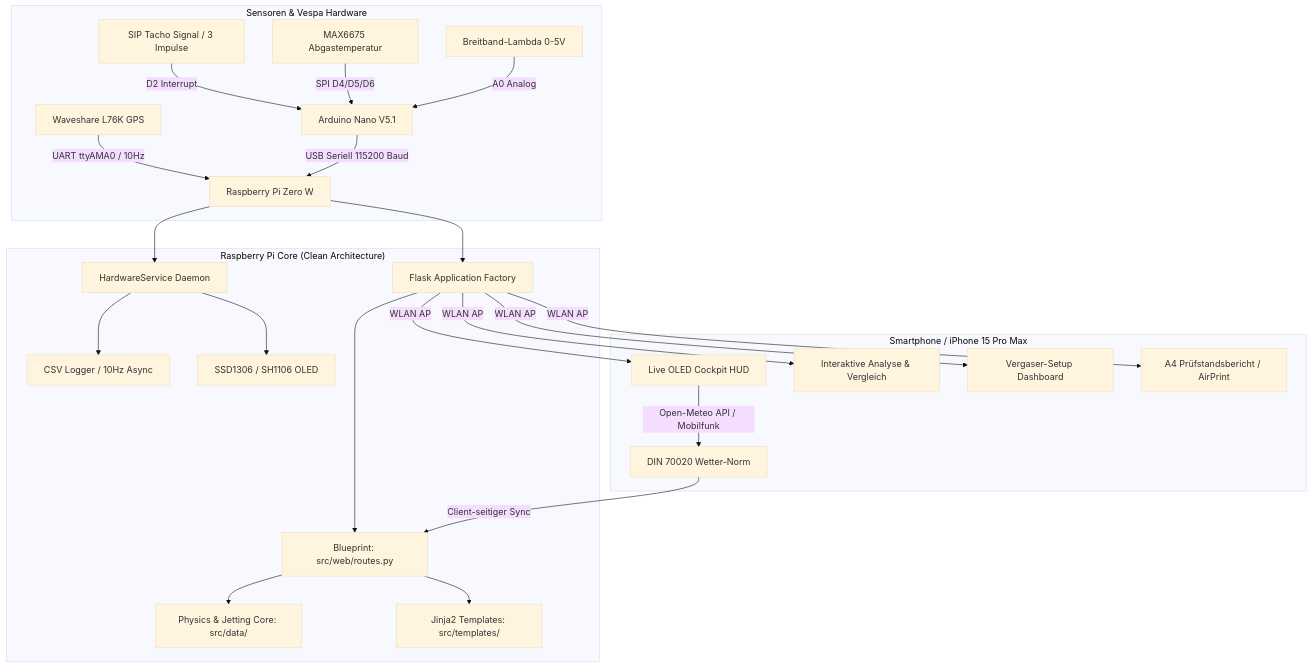
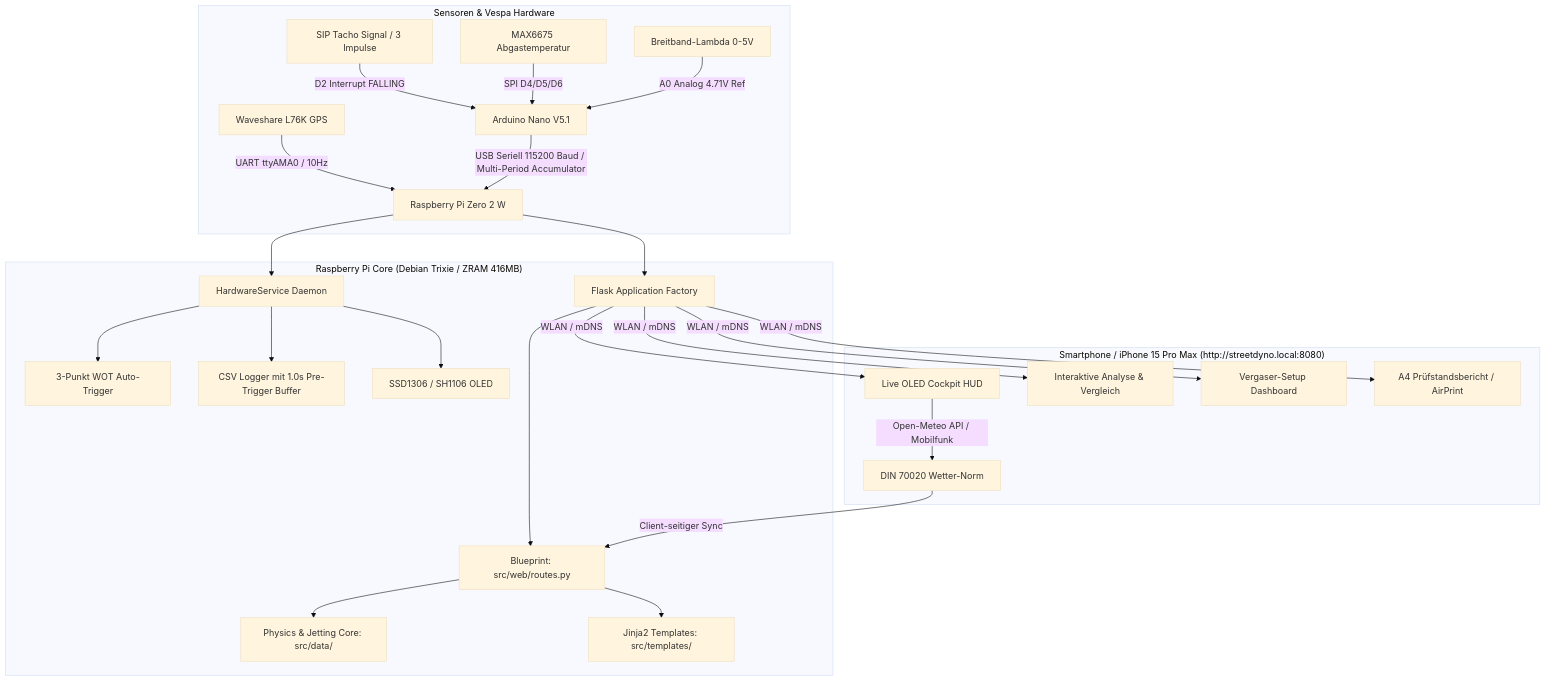
Before and after one commit to rolovsky/StreetDyno2.0: the diagram in README.md, drawn with Mermaid (base theme). The commit also changed other lines of this file, not shown here.

Commit message:
docs(readme): update documentation with WOT auto-trigger, multi-period accumulator, and mDNS setup

````diff
--- a/README.md
+++ b/README.md
@@ -29,29 +30,30 @@
 ```mermaid
 flowchart TD
     subgraph Hardware["Sensoren & Vespa Hardware"]
-        RPM[SIP Tacho Signal / 3 Impulse] -->|D2 Interrupt| ARD[Arduino Nano V5.1]
+        RPM[SIP Tacho Signal / 3 Impulse] -->|D2 Interrupt FALLING| ARD[Arduino Nano V5.1]
         EGT[MAX6675 Abgastemperatur] -->|SPI D4/D5/D6| ARD
-        AFR[Breitband-Lambda 0-5V] -->|A0 Analog| ARD
-        GPS[Waveshare L76K GPS] -->|UART ttyAMA0 / 10Hz| PI[Raspberry Pi Zero W]
-        ARD -->|USB Seriell 115200 Baud| PI
+        AFR[Breitband-Lambda 0-5V] -->|A0 Analog 4.71V Ref| ARD
+        GPS[Waveshare L76K GPS] -->|UART ttyAMA0 / 10Hz| PI[Raspberry Pi Zero 2 W]
+        ARD -->|USB Seriell 115200 Baud / Multi-Period Accumulator| PI
     end
 
-    subgraph PiCore["Raspberry Pi Core (Clean Architecture)"]
+    subgraph PiCore["Raspberry Pi Core (Debian Trixie / ZRAM 416MB)"]
         PI --> HWS[HardwareService Daemon]
-        HWS --> LOG[CSV Logger / 10Hz Async]
+        HWS --> TRIG[3-Punkt WOT Auto-Trigger]
+        HWS --> LOG[CSV Logger mit 1.0s Pre-Trigger Buffer]
         HWS --> DISP[SSD1306 / SH1106 OLED]
         PI --> FLASK[Flask Application Factory]
         FLASK --> BP[Blueprint: src/web/routes.py]
         BP --> DATA[Physics & Jetting Core: src/data/]
         BP --> TPL[Jinja2 Templates: src/templates/]
     end
 
-    subgraph Cockpit["Smartphone / iPhone 15 Pro Max"]
-        FLASK -->|WLAN AP| HUD[Live OLED Cockpit HUD]
-        FLASK -->|WLAN AP| ANA[Interaktive Analyse & Vergleich]
-        FLASK -->|WLAN AP| TUN[Vergaser-Setup Dashboard]
-        FLASK -->|WLAN AP| PDF[A4 Prüfstandsbericht / AirPrint]
+    subgraph Cockpit["Smartphone / iPhone 15 Pro Max (http://streetdyno.local:8080)"]
+        FLASK -->|WLAN / mDNS| HUD[Live OLED Cockpit HUD]
+        FLASK -->|WLAN / mDNS| ANA[Interaktive Analyse & Vergleich]
+        FLASK -->|WLAN / mDNS| TUN[Vergaser-Setup Dashboard]
+        FLASK -->|WLAN / mDNS| PDF[A4 Prüfstandsbericht / AirPrint]
         HUD -->|Open-Meteo API / Mobilfunk| WTR[DIN 70020 Wetter-Norm]
         WTR -->|Client-seitiger Sync| BP
     end
 ```
````
